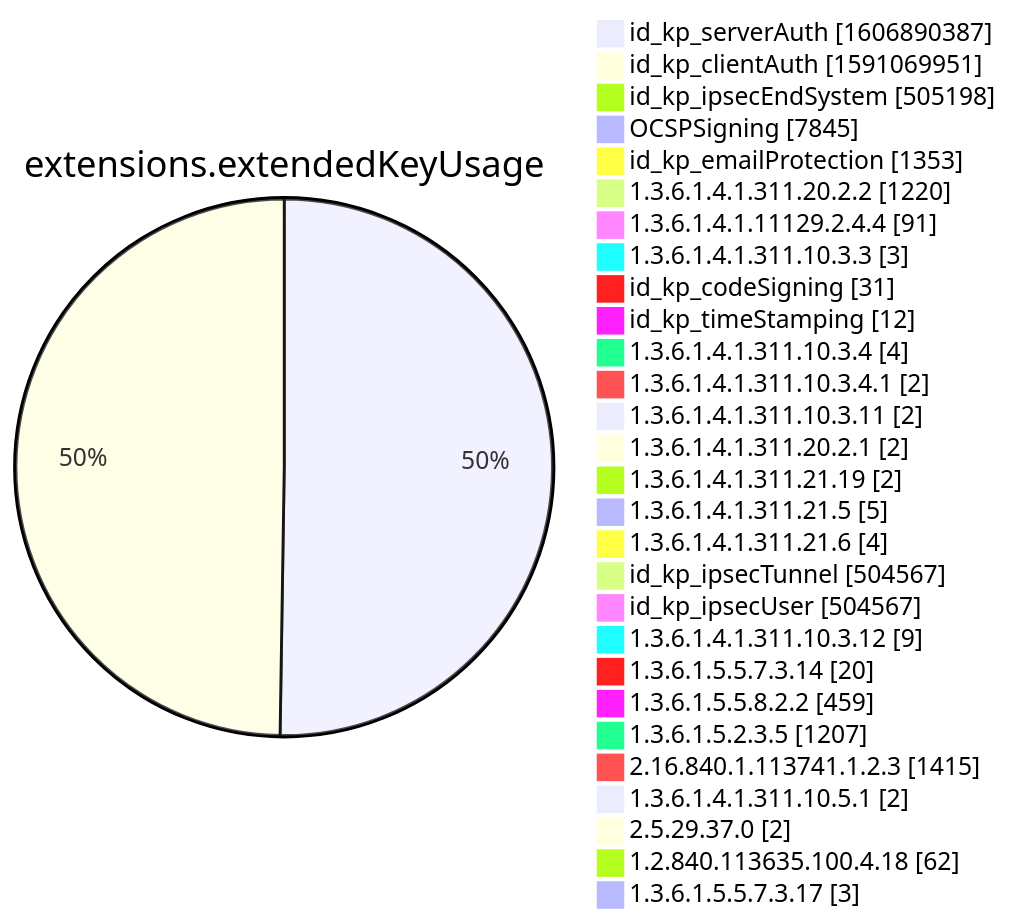
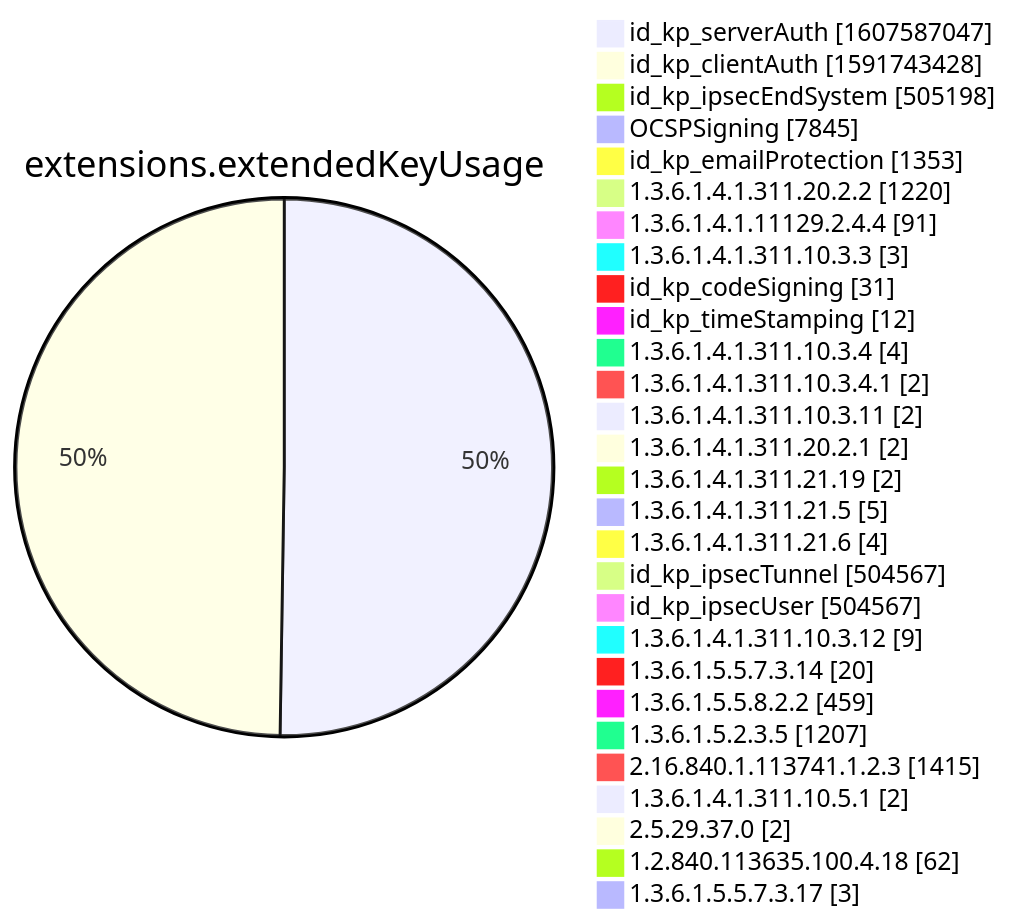
Diagram 12 of 15 in xenon2022/README.md (christiankrug/ctmonitor_visualization), drawn with Mermaid before and after one commit. The commit also changed other lines of this file, not shown here.

````diff
--- a/xenon2022/README.md
+++ b/xenon2022/README.md
@@ -3885,32 +3885,32 @@
 ```mermaid
 pie showData
 title extensions.extendedKeyUsage
-"id_kp_serverAuth" :1606890387
-"id_kp_clientAuth" :1591069951
+"id_kp_serverAuth" :1607587047
+"id_kp_clientAuth" :1591743428
 "id_kp_ipsecEndSystem" :505198
 "OCSPSigning" :7845
 "id_kp_emailProtection" :1353
 "1.3.6.1.4.1.311.20.2.2" :1220
 "1.3.6.1.4.1.11129.2.4.4" :91
 "1.3.6.1.4.1.311.10.3.3" :3
 "id_kp_codeSigning" :31
 "id_kp_timeStamping" :12
 "1.3.6.1.4.1.311.10.3.4" :4
 "1.3.6.1.4.1.311.10.3.4.1" :2
 "1.3.6.1.4.1.311.10.3.11" :2
 "1.3.6.1.4.1.311.20.2.1" :2
 "1.3.6.1.4.1.311.21.19" :2
 "1.3.6.1.4.1.311.21.5" :5
 "1.3.6.1.4.1.311.21.6" :4
 "id_kp_ipsecTunnel" :504567
 "id_kp_ipsecUser" :504567
 "1.3.6.1.4.1.311.10.3.12" :9
 "1.3.6.1.5.5.7.3.14" :20
 "1.3.6.1.5.5.8.2.2" :459
 "1.3.6.1.5.2.3.5" :1207
 "2.16.840.1.113741.1.2.3" :1415
 "1.3.6.1.4.1.311.10.5.1" :2
 "2.5.29.37.0" :2
 "1.2.840.113635.100.4.18" :62
 "1.3.6.1.5.5.7.3.17" :3
 ```
````
